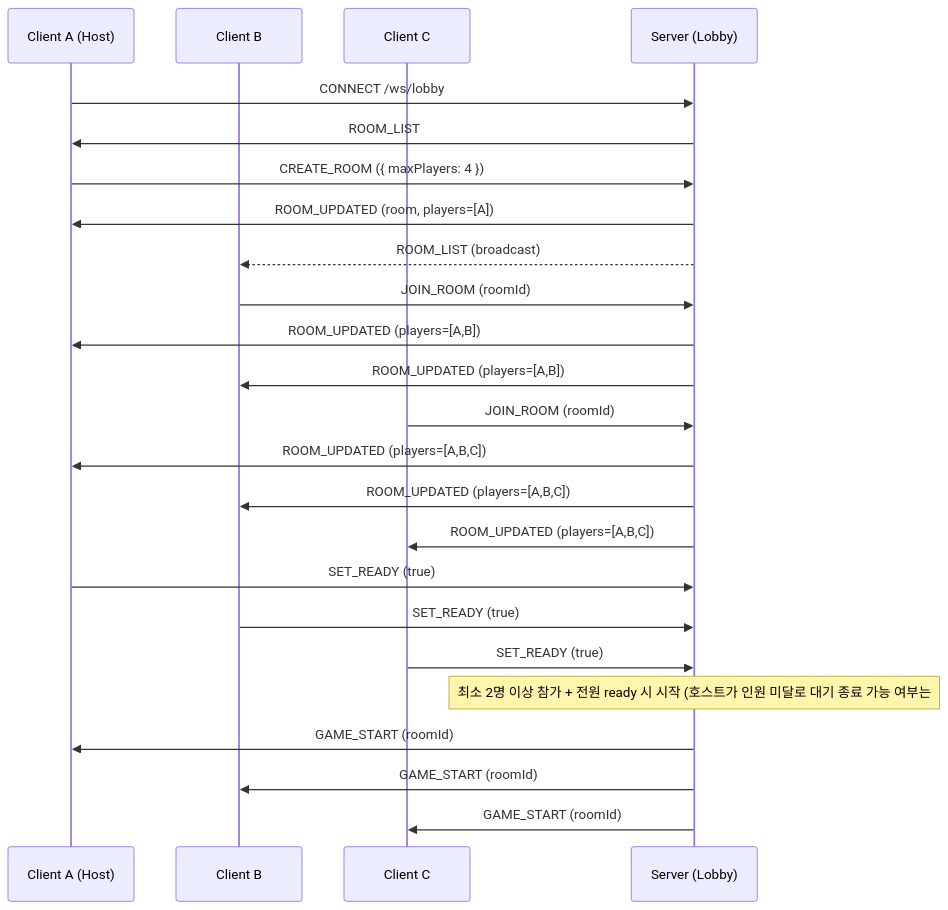
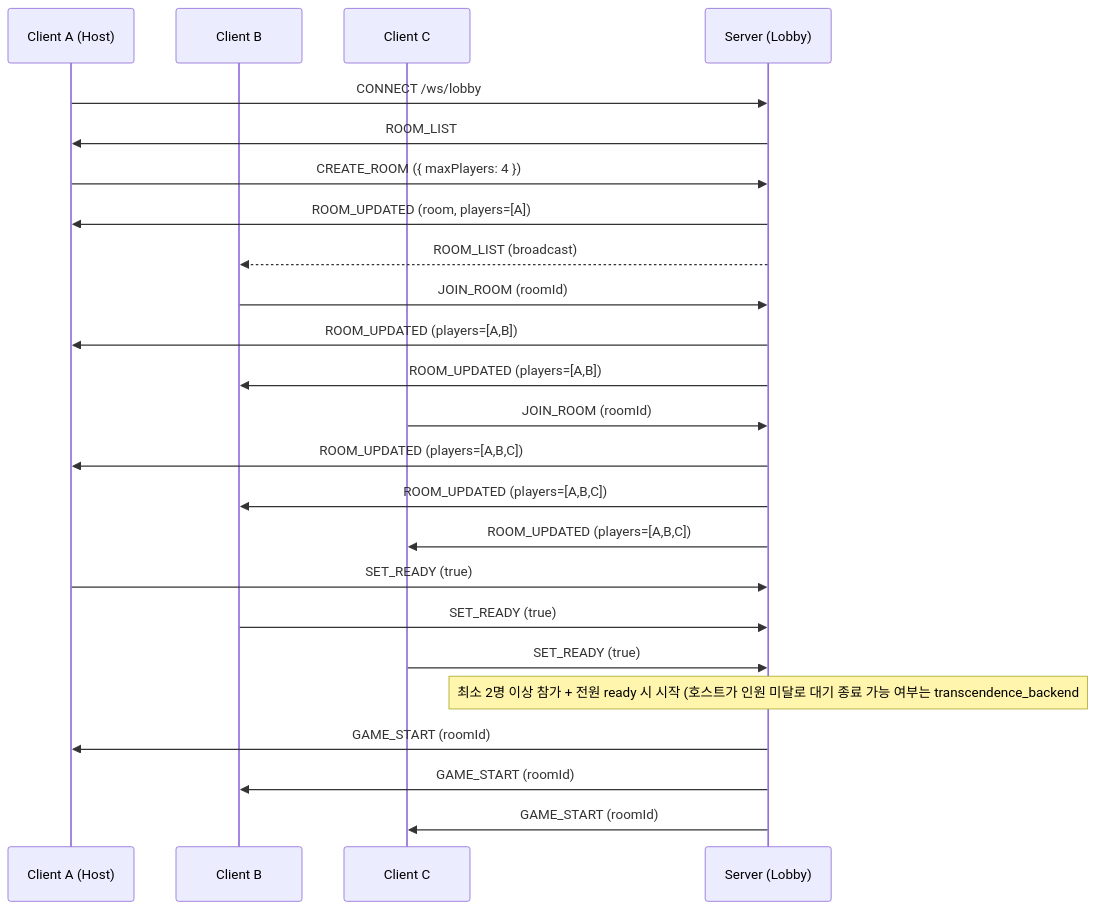
The first of 5 diagrams in architecture_design/WEBSOCKET_PROTOCOL.md (222transcendence/transcendence_deploy), drawn with Mermaid before and after one commit. The commit also changed other lines of this file and 3 other files, not shown here.

````diff
--- a/architecture_design/WEBSOCKET_PROTOCOL.md
+++ b/architecture_design/WEBSOCKET_PROTOCOL.md
@@ -52,27 +53,27 @@
 ```mermaid
 sequenceDiagram
     participant C1 as Client A (Host)
     participant C2 as Client B
     participant C3 as Client C
     participant S as Server (Lobby)
 
     C1->>S: CONNECT /ws/lobby
     S->>C1: ROOM_LIST
     C1->>S: CREATE_ROOM ({ maxPlayers: 4 })
     S->>C1: ROOM_UPDATED (room, players=[A])
     S-->>C2: ROOM_LIST (broadcast)
     C2->>S: JOIN_ROOM (roomId)
     S->>C1: ROOM_UPDATED (players=[A,B])
     S->>C2: ROOM_UPDATED (players=[A,B])
     C3->>S: JOIN_ROOM (roomId)
     S->>C1: ROOM_UPDATED (players=[A,B,C])
     S->>C2: ROOM_UPDATED (players=[A,B,C])
     S->>C3: ROOM_UPDATED (players=[A,B,C])
     C1->>S: SET_READY (true)
     C2->>S: SET_READY (true)
     C3->>S: SET_READY (true)
-    Note over S: 최소 2명 이상 참가 + 전원 ready 시 시작 (호스트가 인원 미달로 대기 종료 가능 여부는 #95에서 결정)
+    Note over S: 최소 2명 이상 참가 + 전원 ready 시 시작 (호스트가 인원 미달로 대기 종료 가능 여부는 transcendence_backend#95에서 결정)
     S->>C1: GAME_START (roomId)
     S->>C2: GAME_START (roomId)
     S->>C3: GAME_START (roomId)
 ```
````
